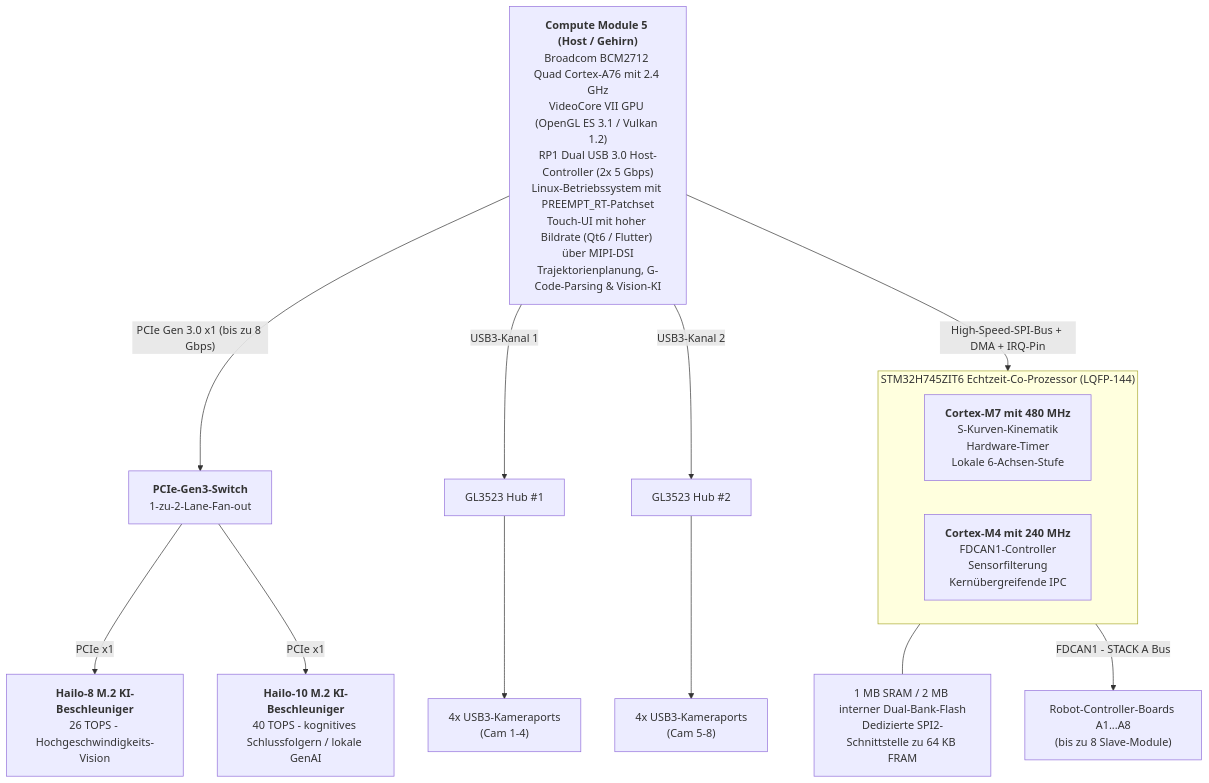
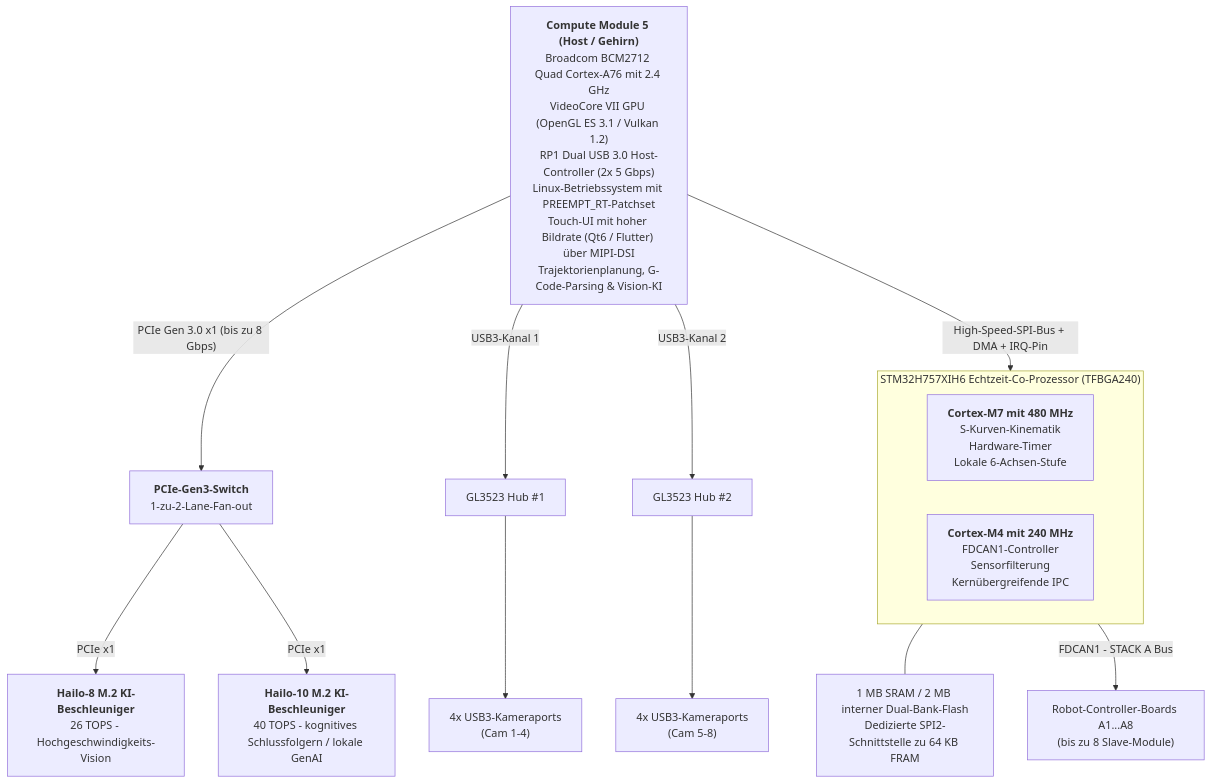
One commit to JuanenRac/HYDRA-UMC changed the first of 3 diagrams in README_deu.md. Above: the diagram before and after it, drawn with Mermaid. The commit also changed other lines of this file and 41 other files, not shown here.

````diff
--- a/README_deu.md
+++ b/README_deu.md
@@ -89,24 +91,24 @@
 ```mermaid
 flowchart TB
     CM5["<b>Compute Module 5 (Host / Gehirn)</b><br/>Broadcom BCM2712 Quad Cortex-A76 mit 2.4 GHz<br/>VideoCore VII GPU (OpenGL ES 3.1 / Vulkan 1.2)<br/>RP1 Dual USB 3.0 Host-Controller (2x 5 Gbps)<br/>Linux-Betriebssystem mit PREEMPT_RT-Patchset<br/>Touch-UI mit hoher Bildrate (Qt6 / Flutter) über MIPI-DSI<br/>Trajektorienplanung, G-Code-Parsing & Vision-KI"]
 
     CM5 -- "PCIe Gen 3.0 x1 (bis zu 8 Gbps)" --> PCIESW["<b>PCIe-Gen3-Switch</b><br/>1-zu-2-Lane-Fan-out"]
     PCIESW -- "PCIe x1" --> HAILO8["<b>Hailo-8 M.2 KI-Beschleuniger</b><br/>26 TOPS - Hochgeschwindigkeits-Vision"]
     PCIESW -- "PCIe x1" --> HAILO10["<b>Hailo-10 M.2 KI-Beschleuniger</b><br/>40 TOPS - kognitives Schlussfolgern / lokale GenAI"]
     CM5 -- "USB3-Kanal 1" --> HUB1["GL3523 Hub #1"]
     CM5 -- "USB3-Kanal 2" --> HUB2["GL3523 Hub #2"]
     HUB1 --> CAM14["4x USB3-Kameraports<br/>(Cam 1-4)"]
     HUB2 --> CAM58["4x USB3-Kameraports<br/>(Cam 5-8)"]
 
     CM5 -- "High-Speed-SPI-Bus + DMA + IRQ-Pin" --> MCU
 
-    subgraph MCU["STM32H745ZIT6 Echtzeit-Co-Prozessor (LQFP-144)"]
+    subgraph MCU["STM32H757XIH6 Echtzeit-Co-Prozessor (TFBGA240)"]
         direction LR
         CM7["<b>Cortex-M7 mit 480 MHz</b><br/>S-Kurven-Kinematik<br/>Hardware-Timer<br/>Lokale 6-Achsen-Stufe"]
         CM4["<b>Cortex-M4 mit 240 MHz</b><br/>FDCAN1-Controller<br/>Sensorfilterung<br/>Kernübergreifende IPC"]
     end
     MEM["1 MB SRAM / 2 MB interner Dual-Bank-Flash<br/>Dedizierte SPI2-Schnittstelle zu 64 KB FRAM"]
     MCU --- MEM
 
     MCU -- "FDCAN1 - STACK A Bus" --> ROBOTS["Robot-Controller-Boards A1...A8<br/>(bis zu 8 Slave-Module)"]
 ```
````
